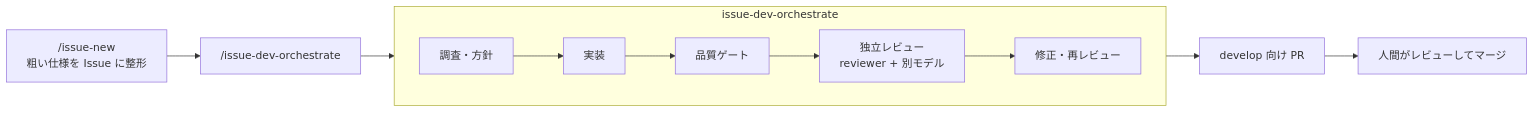
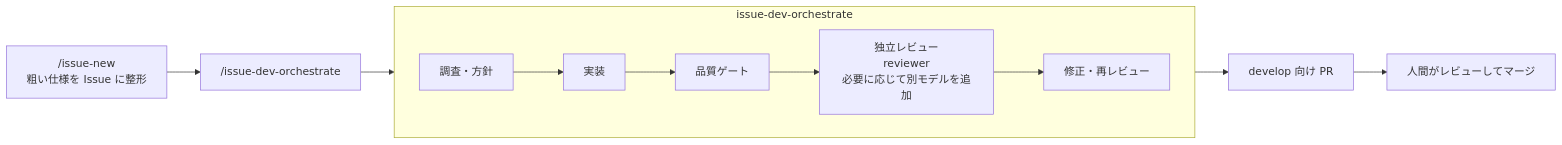
One commit to sakatai11/tech-study-lab changed the diagram in README.md. Above: the diagram before and after it, drawn with Mermaid. The commit also changed other lines of this file, not shown here.

````diff
--- a/README.md
+++ b/README.md
@@ -72,11 +72,11 @@
 ```mermaid
 flowchart LR
   A["/issue-new<br/>粗い仕様を Issue に整形"] --> B["/issue-dev-orchestrate"]
   subgraph B2["issue-dev-orchestrate"]
     direction LR
-    I["調査・方針"] --> D["実装"] --> T["品質ゲート"] --> R["独立レビュー<br/>reviewer + 別モデル"] --> F["修正・再レビュー"]
+    I["調査・方針"] --> D["実装"] --> T["品質ゲート"] --> R["独立レビュー<br/>reviewer<br/>必要に応じて別モデルを追加"] --> F["修正・再レビュー"]
   end
   B --> I
   F --> PR["develop 向け PR"]
   PR --> H["人間がレビューしてマージ"]
 ```
````
